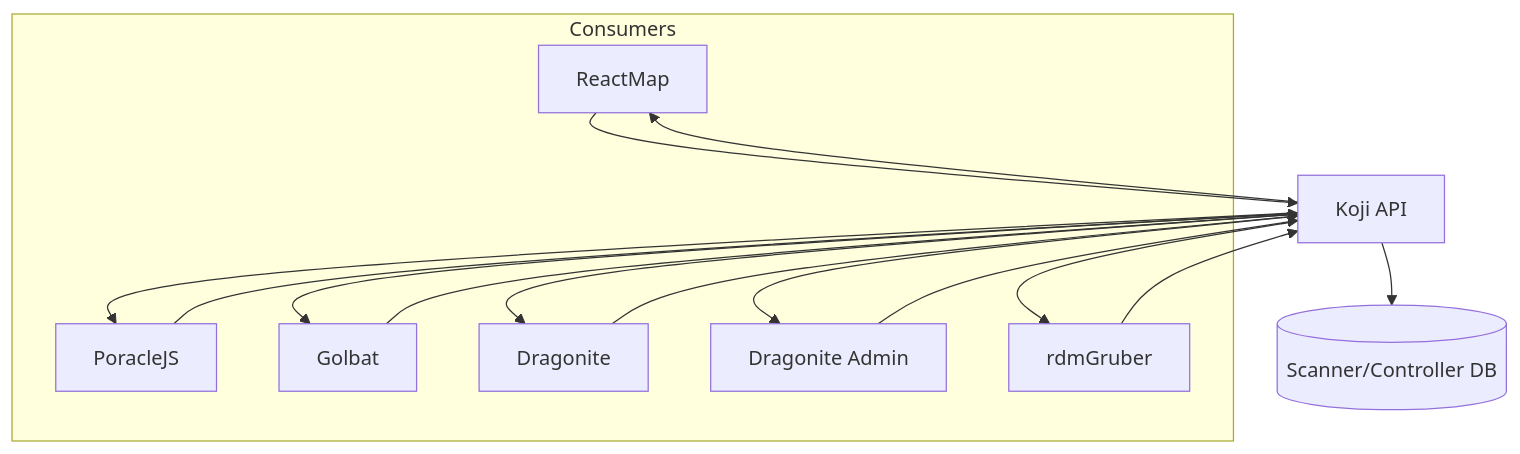
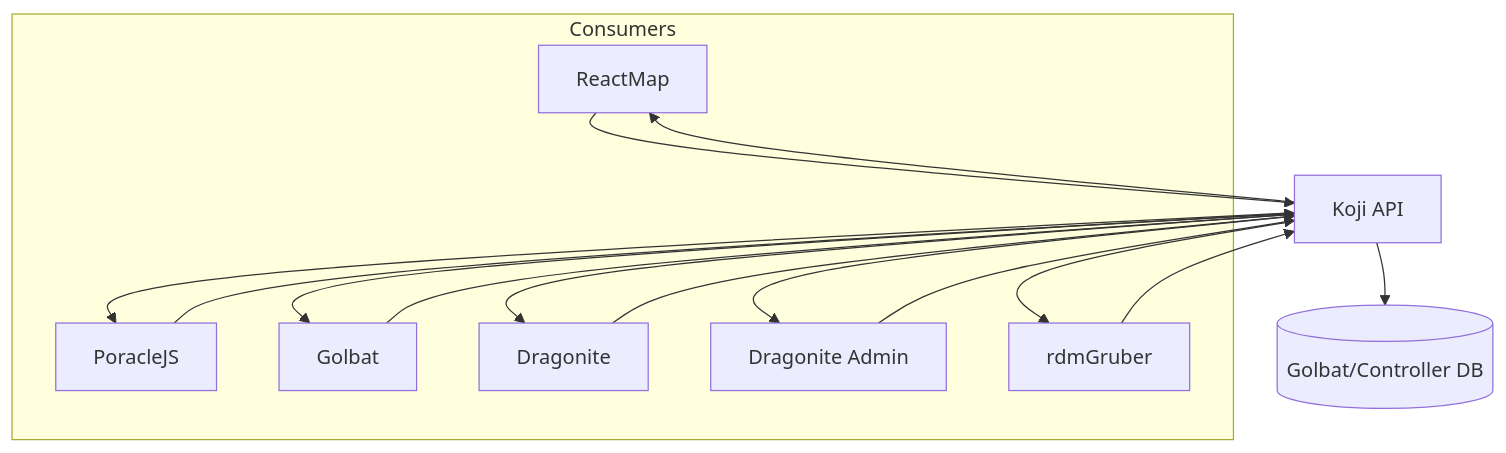
Before and after one commit to TurtIeSocks/Koji: the diagram in apps/web-docs/app/integrations/page.mdx, drawn with Mermaid. The commit also changed other lines of this file and 113 other files, not shown here.

First line of the commit message:
refactor(repo): rename scanner → golbat everywhere

````diff
--- a/apps/web-docs/app/integrations/page.mdx
+++ b/apps/web-docs/app/integrations/page.mdx
@@ -8,26 +8,26 @@
 ```mermaid
 graph TD;
 subgraph Consumers
 R[ReactMap]
 P[PoracleJS]
 G[Golbat]
 D[Dragonite]
 A[Dragonite Admin]
 RG[rdmGruber]
 end
 K[Koji API]
-S[(Scanner/Controller DB)]
+S[(Golbat/Controller DB)]
 R --> K
 P --> K
 G --> K
 D --> K
 A --> K
 RG --> K
 K --> S
 K --> R
 K --> P
 K --> G
 K --> D
 K --> A
 K --> RG
 ```
````
